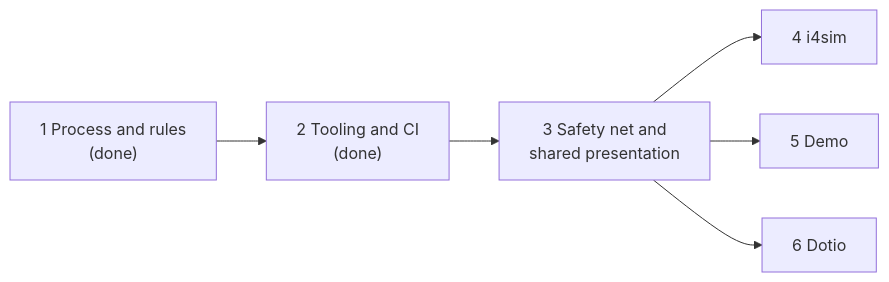
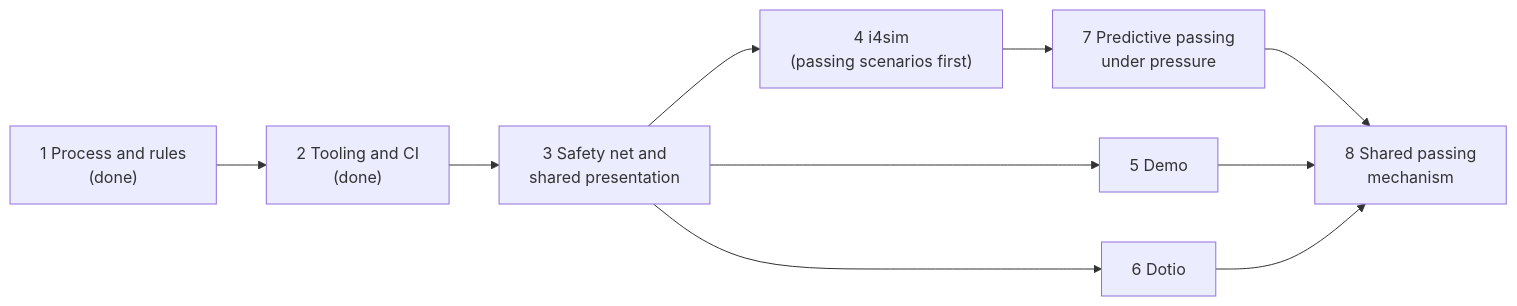
One commit to SMB-M87/Kinetra-Lab changed the diagram in docs/design/2026-11-18-quality-roadmap.md. Above: the diagram before and after it, drawn with Mermaid. The commit also changed other lines of this file and 2 other files, not shown here.

First line of the commit message:
docs(roadmap): add predictive passing phases and the documentation cleanup

````diff
--- a/docs/design/2026-11-18-quality-roadmap.md
+++ b/docs/design/2026-11-18-quality-roadmap.md
@@ -55,8 +79,12 @@
 ```mermaid
 flowchart LR
     P1["1 Process and rules<br/>(done)"] --> P2["2 Tooling and CI<br/>(done)"]
     P2 --> P3["3 Safety net and<br/>shared presentation"]
-    P3 --> P4["4 i4sim"]
+    P3 --> P4["4 i4sim<br/>(passing scenarios first)"]
     P3 --> P5["5 Demo"]
     P3 --> P6["6 Dotio"]
+    P4 --> P7["7 Predictive passing<br/>under pressure"]
+    P7 --> P8["8 Shared passing<br/>mechanism"]
+    P5 --> P8
+    P6 --> P8
 ```
````
